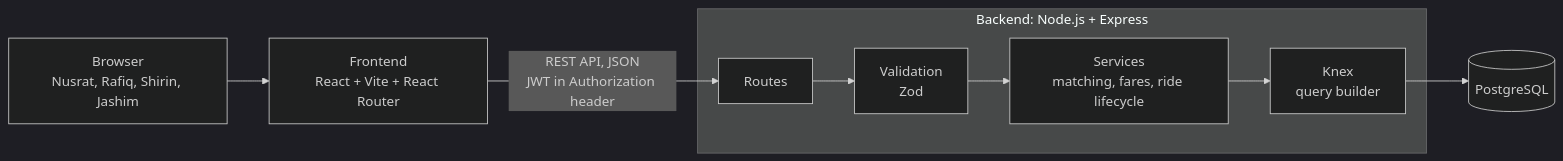
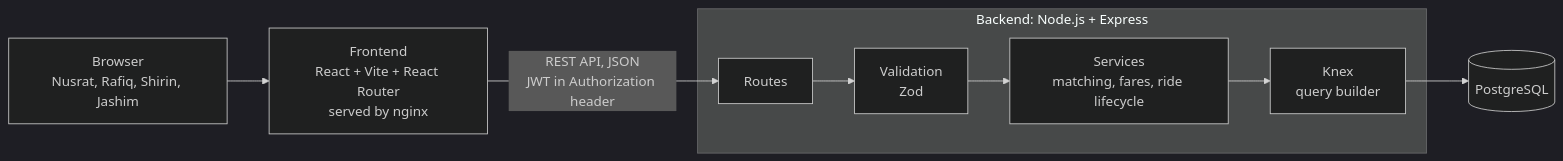
The diagram in docs/architecture.md (hossainshad/dhaka-tesla-pool), drawn with Mermaid (dark theme) before and after one commit. The commit also changed other lines of this file and 1 other file, not shown here.

Commit message:
docs(architecture): describe web container, polling and scaling plan

````diff
--- a/docs/architecture.md
+++ b/docs/architecture.md
@@ -5,13 +5,13 @@
 ```mermaid
 flowchart LR
-    U["Browser<br/>Nusrat, Rafiq, Shirin, Jashim"] --> FE["Frontend<br/>React + Vite + React Router"]
+    U["Browser<br/>Nusrat, Rafiq, Shirin, Jashim"] --> FE["Frontend<br/>React + Vite + React Router<br/>served by nginx"]
     FE -->|"REST API, JSON<br/>JWT in Authorization header"| R
 
     subgraph API["Backend: Node.js + Express"]
         R["Routes"] --> V["Validation<br/>Zod"]
         V --> S["Services<br/>matching, fares, ride lifecycle"]
         S --> P["Knex<br/>query builder"]
     end
 
     P --> DB[("PostgreSQL")]
 ```
````
